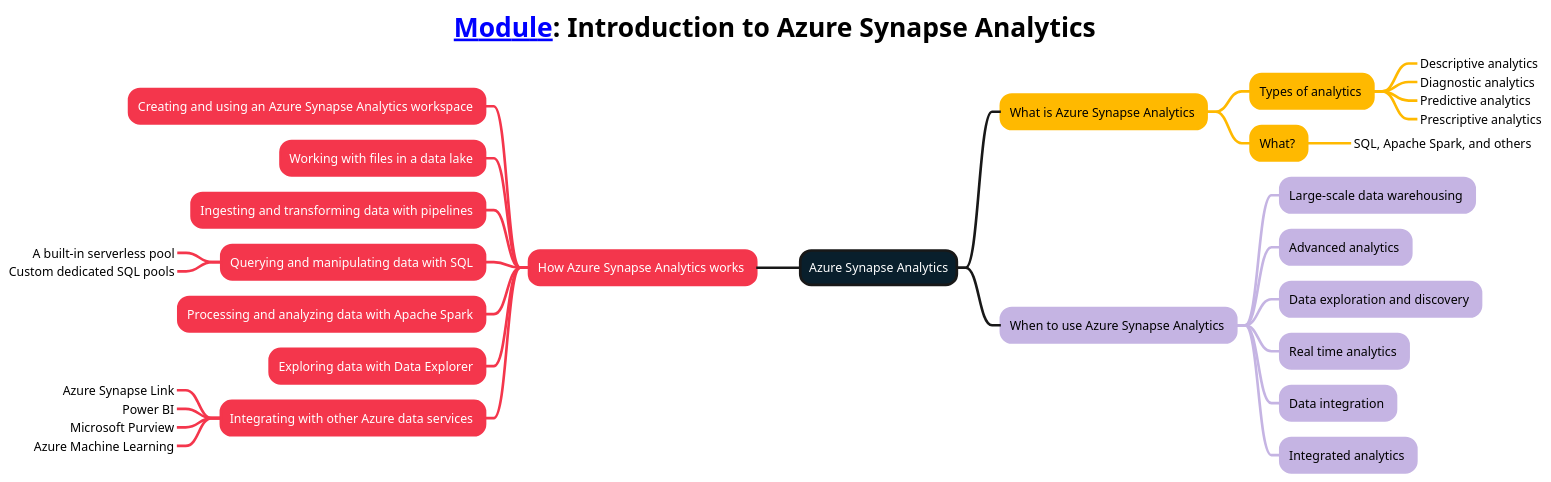
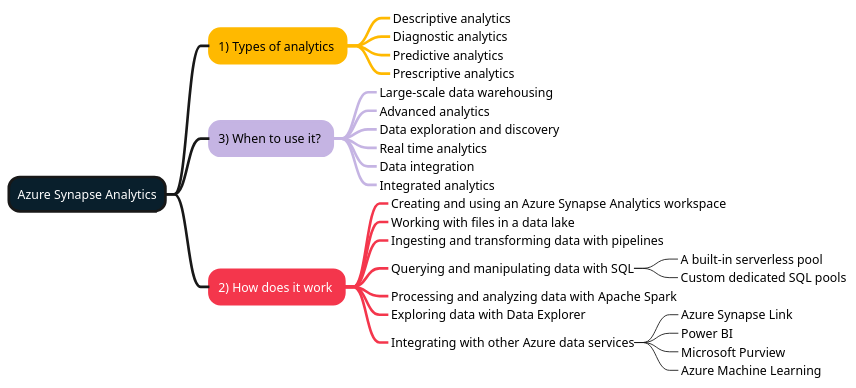
The diagram in mindmaps/03-Introduction to Azure Synapse Analytics.plantuml (weslbo/dp-203), drawn with PlantUML before and after one commit. The commit also changed 72 other files, not shown here.

Commit message:
Updated mindmaps

```diff
--- a/mindmaps/03-Introduction to Azure Synapse Analytics.plantuml
+++ b/mindmaps/03-Introduction to Azure Synapse Analytics.plantuml
@@ -1,76 +1,66 @@
 @startmindmap
 <style>
-title {
-        FontSize 30
-        FontColor #000000
-    }
-mindmapDiagram {
-    :depth(0) {
-        BackgroundColor #091f2c
-        FontColor #ffffff
-        LineThickness 3.0
-    }
-    .topic1 {
-        BackgroundColor #ffb900
-        LineColor #ffb900
-        LineThickness 3.0
-        FontColor #000000
-    }
-    .topic2 {
-        BackgroundColor #f4364c
-        LineColor #f4364c
-        LineThickness 3.0
-        FontColor #ffffff
-    }
-    .topic3 {
-        BackgroundColor #c5b4e3
-        LineColor #c5b4e3
-        LineThickness 3.0
-        FontColor #000000
-    }
-    .topic4 {
-        BackgroundColor #e1d3c7
-        LineColor #e1d3c7
-        LineThickness 3.0
-        FontColor #000000
-    }
-    .topic5 {
-        BackgroundColor #07641d
-        LineColor #07641d
-        LineThickness 3.0
-        FontColor #ffffff
-    }
+:depth(0) {
+    BackgroundColor #091f2c
+    FontColor #ffffff
+    LineThickness 3.0
+}
+.topic1 {
+    BackgroundColor #ffb900
+    LineColor #ffb900
+    LineThickness 3.0
+    FontColor #000000
+}
+.topic2 {
+    BackgroundColor #f4364c
+    LineColor #f4364c
+    LineThickness 3.0
+    FontColor #ffffff
+}
+.topic3 {
+    BackgroundColor #c5b4e3
+    LineColor #c5b4e3
+    LineThickness 3.0
+    FontColor #000000
+}
+.topic4 {
+    BackgroundColor #e1d3c7
+    LineColor #e1d3c7
+    LineThickness 3.0
+    FontColor #000000
+}
+.topic5 {
+    BackgroundColor #07641d
+    LineColor #07641d
+    LineThickness 3.0
+    FontColor #ffffff
 }
 </style>
-title [[https://learn.microsoft.com/training/modules/introduction-azure-synapse-analytics/ Module]]: Introduction to Azure Synapse Analytics
 + Azure Synapse Analytics
-++ What is Azure Synapse Analytics <<topic1>>
-+++ Types of analytics <<topic1>>
-++++_ Descriptive analytics
-++++_ Diagnostic analytics
-++++_ Predictive analytics
-++++_ Prescriptive analytics
-+++ What? <<topic1>>
-++++_ SQL, Apache Spark, and others
--- How Azure Synapse Analytics works <<topic2>>
---- Creating and using an Azure Synapse Analytics workspace <<topic2>>
---- Working with files in a data lake <<topic2>>
---- Ingesting and transforming data with pipelines <<topic2>>
---- Querying and manipulating data with SQL <<topic2>>
-----_ A built-in serverless pool
-----_ Custom dedicated SQL pools
---- Processing and analyzing data with Apache Spark <<topic2>>
---- Exploring data with Data Explorer <<topic2>>
---- Integrating with other Azure data services <<topic2>>
-----_ Azure Synapse Link
-----_ Power BI
-----_ Microsoft Purview
-----_ Azure Machine Learning
-++ When to use Azure Synapse Analytics <<topic3>>
-+++ Large-scale data warehousing <<topic3>>
-+++ Advanced analytics <<topic3>>
-+++ Data exploration and discovery <<topic3>>
-+++ Real time analytics <<topic3>>
-+++ Data integration <<topic3>>
-+++ Integrated analytics <<topic3>>
+++ 1) Types of analytics <<topic1>>
++++_ Descriptive analytics
++++_ Diagnostic analytics
++++_ Predictive analytics
++++_ Prescriptive analytics
+++ 3) When to use it? <<topic3>>
++++_ Large-scale data warehousing
++++_ Advanced analytics
++++_ Data exploration and discovery
++++_ Real time analytics
++++_ Data integration
++++_ Integrated analytics
+++ 2) How does it work <<topic2>>
++++_ Creating and using an Azure Synapse Analytics workspace
++++_ Working with files in a data lake
++++_ Ingesting and transforming data with pipelines
++++_ Querying and manipulating data with SQL
+++++_ A built-in serverless pool
+++++_ Custom dedicated SQL pools
++++_ Processing and analyzing data with Apache Spark
++++_ Exploring data with Data Explorer
++++_ Integrating with other Azure data services
+++++_ Azure Synapse Link
+++++_ Power BI
+++++_ Microsoft Purview
+++++_ Azure Machine Learning
 @endmindmap
```
